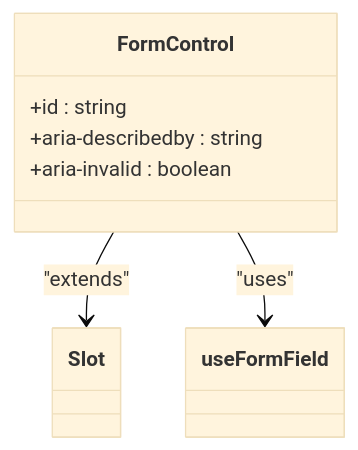
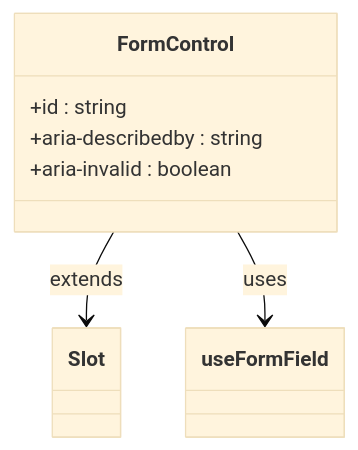
The sixth of 7 diagrams in .qoder/repowiki/en/content/Component Reference/UI Component Library/Form Component.md (mohjak/sc-dof), drawn with Mermaid (base theme) before and after one commit. The commit also changed other lines of this file and 68 other files, not shown here.

First line of the commit message:
docs(docs): update component architecture docs with markdown formatting fixes

````diff
--- a/.qoder/repowiki/en/content/Component Reference/UI Component Library/Form Component.md
+++ b/.qoder/repowiki/en/content/Component Reference/UI Component Library/Form Component.md
@@ -151,10 +149,10 @@
 ```mermaid
 classDiagram
 class FormControl {
 +id : string
 +aria-describedby : string
 +aria-invalid : boolean
 }
-FormControl --> Slot : "extends"
-FormControl --> useFormField : "uses"
+FormControl --> Slot : extends
+FormControl --> useFormField : uses
 ```
````
